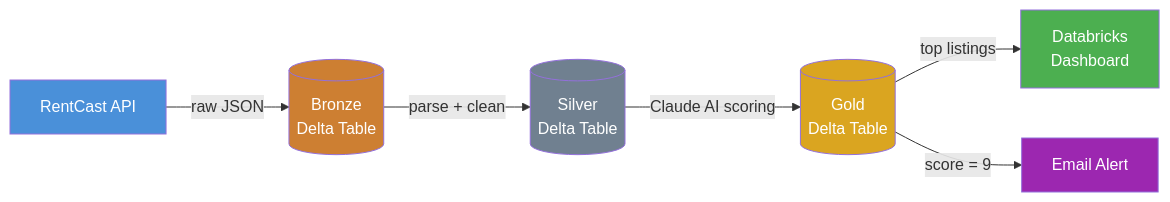
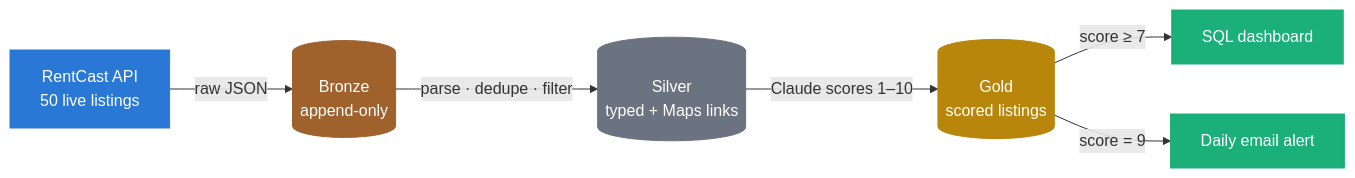
Before and after one commit to LukasUNCW/Wilmington-Rental-Pipeline: the diagram in README.md, drawn with Mermaid. The commit also changed other lines of this file, not shown here.

````diff
--- a/README.md
+++ b/README.md
@@ -15,15 +10,19 @@
 ```mermaid
 flowchart LR
-    A[RentCast API] -->|raw JSON| B[(Bronze\nDelta Table)]
-    B -->|parse + clean| C[(Silver\nDelta Table)]
-    C -->|Claude AI scoring| D[(Gold\nDelta Table)]
-    D -->|top listings| E[Databricks\nDashboard]
-    D -->|score = 9| F[Email Alert]
+    API["RentCast API<br/>50 live listings"] -->|raw JSON| B[("Bronze<br/>append-only")]
+    B -->|parse · dedupe · filter| S[("Silver<br/>typed + Maps links")]
+    S -->|Claude scores 1–10| G[("Gold<br/>scored listings")]
+    G -->|score ≥ 7| D["SQL dashboard"]
+    G -->|score = 9| E["Daily email alert"]
 
-    style A fill:#4A90D9,color:#fff
-    style B fill:#CD7F32,color:#fff
-    style C fill:#708090,color:#fff
-    style D fill:#DAA520,color:#fff
-    style E fill:#4CAF50,color:#fff
-    style F fill:#9C27B0,color:#fff
+    classDef src fill:#2a78d6,stroke:#2a78d6,color:#fff
+    classDef bronze fill:#a0622d,stroke:#a0622d,color:#fff
+    classDef silver fill:#6b7280,stroke:#6b7280,color:#fff
+    classDef gold fill:#b8860b,stroke:#b8860b,color:#fff
+    classDef out fill:#1baf7a,stroke:#1baf7a,color:#fff
+    class API src
+    class B bronze
+    class S silver
+    class G gold
+    class D,E out
 ```
````
